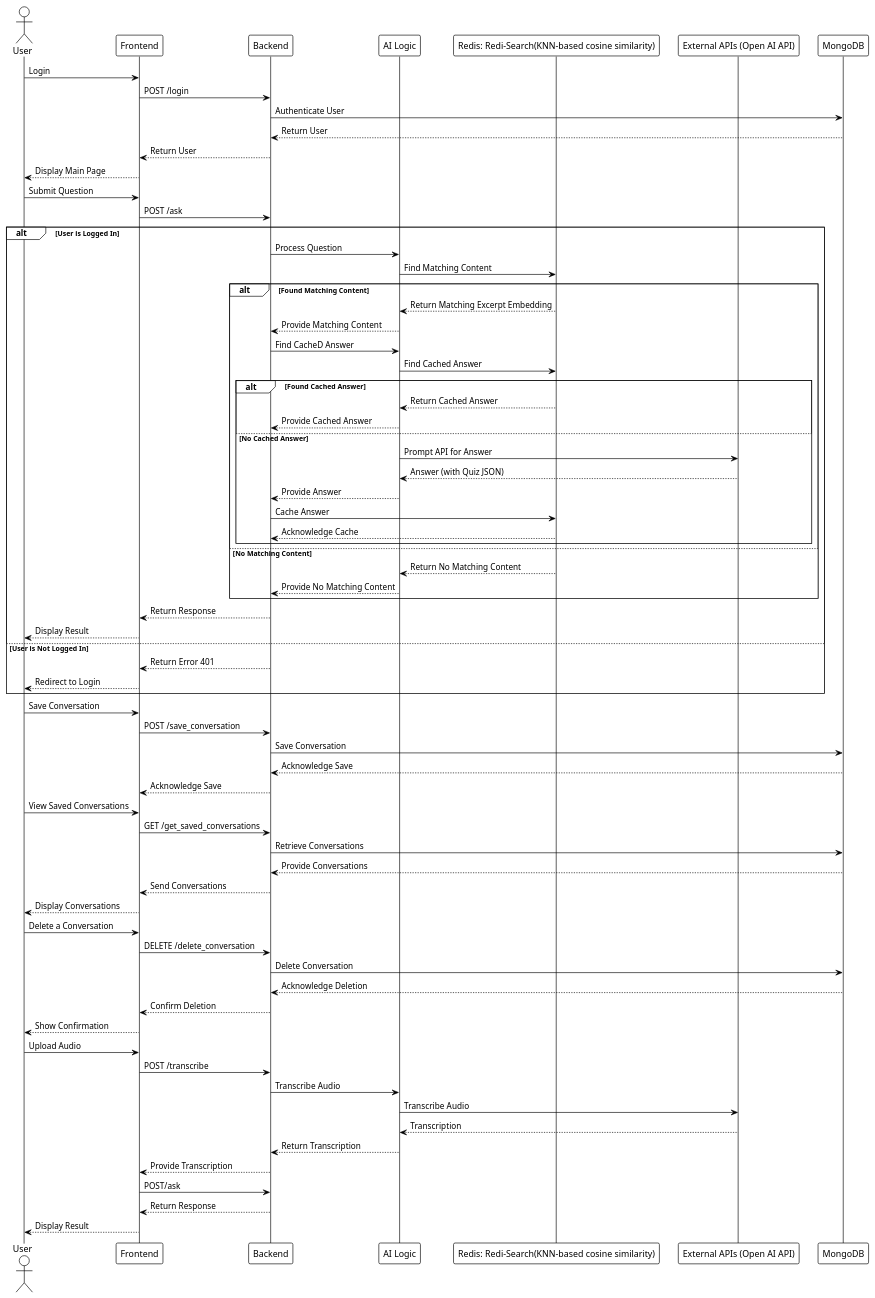
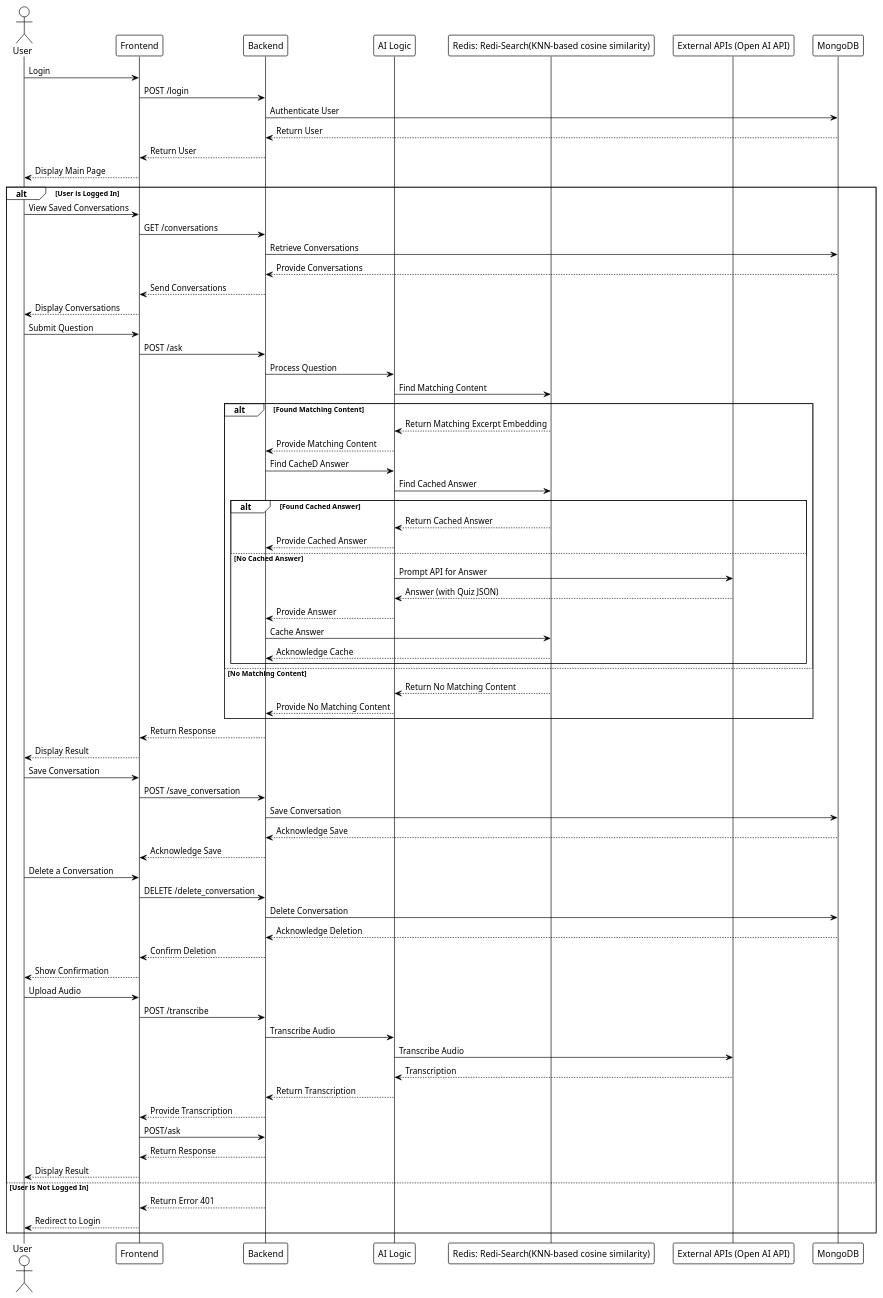
Before and after one commit to thathsara404/WileyWise: the diagram in sequence_diagram.puml, drawn with PlantUML.

Commit message:
add recorrected sequence diagram

```diff
--- a/sequence_diagram.puml
+++ b/sequence_diagram.puml
@@ -1,87 +1,91 @@
 @startuml
 !theme plain
 
 actor User
 participant Frontend
 participant Backend
 participant "AI Logic" as AI
 participant "Redis: Redi-Search(KNN-based cosine similarity)" as Redis
 participant "External APIs (Open AI API)" as API
 participant "MongoDB" as DB
 
 ' User Login Flow
 User -> Frontend: Login
 Frontend -> Backend: POST /login
 Backend -> DB: Authenticate User
 DB --> Backend: Return User
 Backend --> Frontend: Return User
 Frontend --> User: Display Main Page
 
 ' Question Answering Flow
-User -> Frontend: Submit Question
-Frontend -> Backend: POST /ask
 alt User is Logged In
+
+    ' Retrieve Conversations Flow
+    User -> Frontend: View Saved Conversations
+    Frontend -> Backend: GET /conversations
+    Backend -> DB: Retrieve Conversations
+    DB --> Backend: Provide Conversations
+    Backend --> Frontend: Send Conversations
+    Frontend --> User: Display Conversations
+
+    User -> Frontend: Submit Question
+    Frontend -> Backend: POST /ask
     Backend -> AI: Process Question
     AI -> Redis: Find Matching Content
+
     alt Found Matching Content
         Redis --> AI: Return Matching Excerpt Embedding
         AI --> Backend: Provide Matching Content
         Backend -> AI: Find CacheD Answer
         AI -> Redis: Find Cached Answer
 
         alt Found Cached Answer
             Redis --> AI: Return Cached Answer
             AI --> Backend: Provide Cached Answer
         else No Cached Answer
             AI -> API: Prompt API for Answer
             API --> AI: Answer (with Quiz JSON)
             AI --> Backend: Provide Answer
             Backend -> Redis: Cache Answer
             Redis --> Backend: Acknowledge Cache
         end
     else No Matching Content
         Redis --> AI: Return No Matching Content
         AI --> Backend: Provide No Matching Content
     end
     Backend --> Frontend: Return Response
     Frontend --> User: Display Result
+
+    ' Save Conversation Flow
+    User -> Frontend: Save Conversation
+    Frontend -> Backend: POST /save_conversation
+    Backend -> DB: Save Conversation
+    DB --> Backend: Acknowledge Save
+    Backend --> Frontend: Acknowledge Save
+
+    ' Delete Conversation Flow
+    User -> Frontend: Delete a Conversation
+    Frontend -> Backend: DELETE /delete_conversation
+    Backend -> DB: Delete Conversation
+    DB --> Backend: Acknowledge Deletion
+    Backend --> Frontend: Confirm Deletion
+    Frontend --> User: Show Confirmation
+
+    ' Audio Transcription Flow
+    User -> Frontend: Upload Audio
+    Frontend -> Backend: POST /transcribe
+    Backend -> AI: Transcribe Audio
+    AI -> API: Transcribe Audio
+    API --> AI: Transcription
+    AI --> Backend: Return Transcription
+    Backend --> Frontend: Provide Transcription
+    Frontend -> Backend: POST/ask
+    Backend --> Frontend: Return Response
+    Frontend --> User: Display Result
+    
 else User is Not Logged In
     Backend --> Frontend: Return Error 401
     Frontend --> User: Redirect to Login
 end
 
-' Save Conversation Flow
-User -> Frontend: Save Conversation
-Frontend -> Backend: POST /save_conversation
-Backend -> DB: Save Conversation
-DB --> Backend: Acknowledge Save
-Backend --> Frontend: Acknowledge Save
-
-' Retrieve Conversations Flow
-User -> Frontend: View Saved Conversations
-Frontend -> Backend: GET /get_saved_conversations
-Backend -> DB: Retrieve Conversations
-DB --> Backend: Provide Conversations
-Backend --> Frontend: Send Conversations
-Frontend --> User: Display Conversations
-
-' Delete Conversation Flow
-User -> Frontend: Delete a Conversation
-Frontend -> Backend: DELETE /delete_conversation
-Backend -> DB: Delete Conversation
-DB --> Backend: Acknowledge Deletion
-Backend --> Frontend: Confirm Deletion
-Frontend --> User: Show Confirmation
-
-' Audio Transcription Flow
-User -> Frontend: Upload Audio
-Frontend -> Backend: POST /transcribe
-Backend -> AI: Transcribe Audio
-AI -> API: Transcribe Audio
-API --> AI: Transcription
-AI --> Backend: Return Transcription
-Backend --> Frontend: Provide Transcription
-Frontend -> Backend: POST/ask
-Backend --> Frontend: Return Response
-Frontend --> User: Display Result
 @enduml
```
